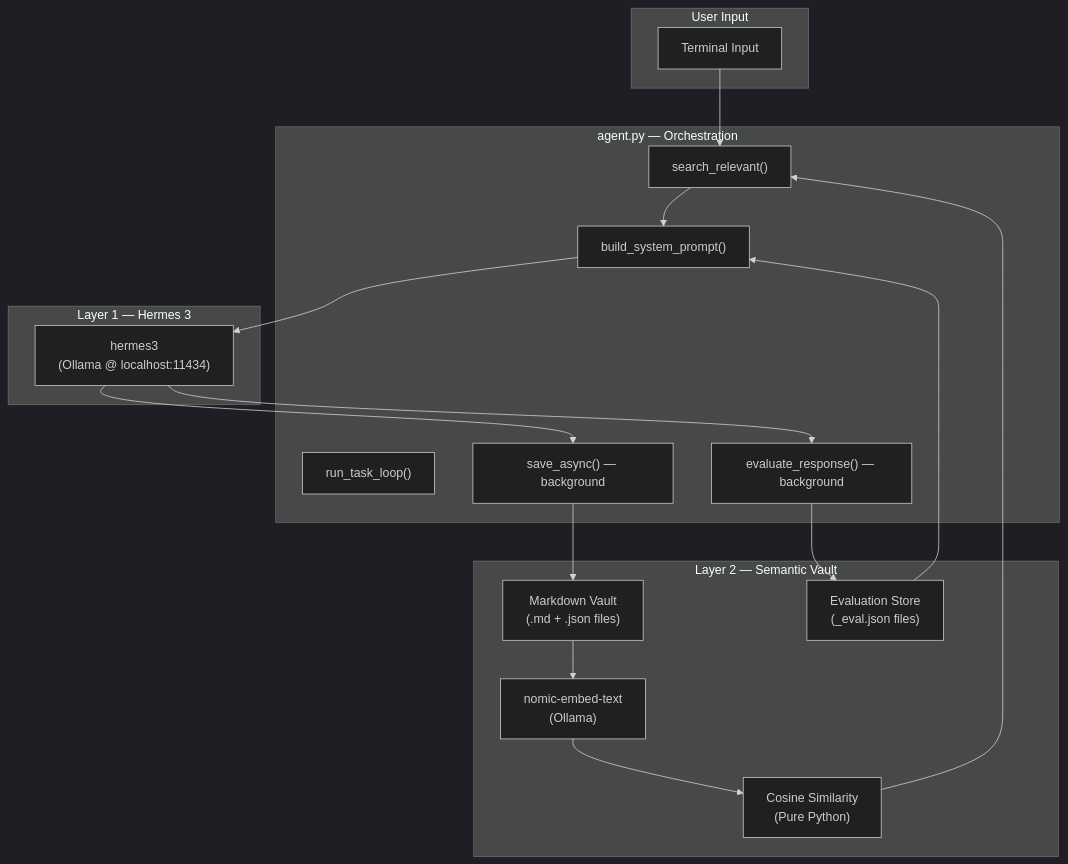
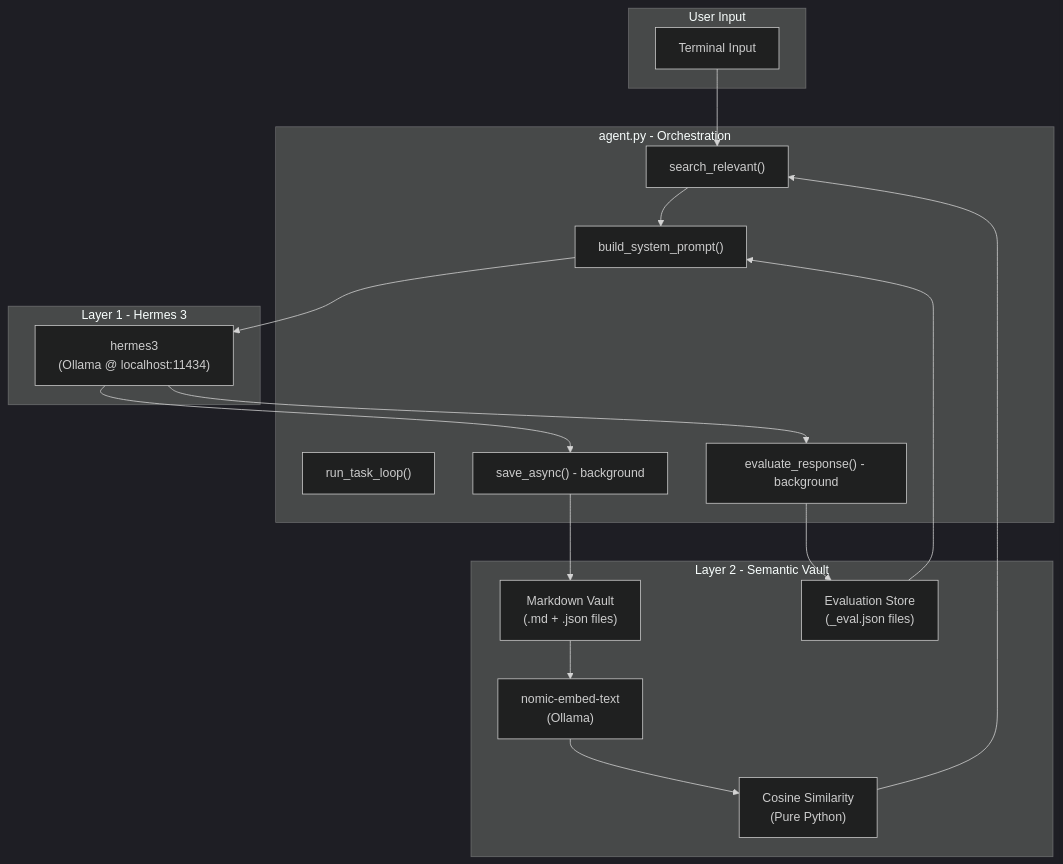
The first of 2 diagrams in README.md (Dheerajvarma1/hermes-rowboat-agent), drawn with Mermaid (dark theme) before and after one commit. The commit also changed other lines of this file, not shown here.

````diff
--- a/README.md
+++ b/README.md
@@ -151,36 +151,36 @@
 ```mermaid
 graph TB
     subgraph INPUT["User Input"]
         USER["Terminal Input"]
     end
 
-    subgraph MEMORY["Layer 2 — Semantic Vault"]
+    subgraph MEMORY["Layer 2 - Semantic Vault"]
         VAULT["Markdown Vault\n(.md + .json files)"]
         EMBED["nomic-embed-text\n(Ollama)"]
         COSINE["Cosine Similarity\n(Pure Python)"]
         EVAL["Evaluation Store\n(_eval.json files)"]
         VAULT --> EMBED --> COSINE
     end
 
-    subgraph AGENT["agent.py — Orchestration"]
+    subgraph AGENT["agent.py - Orchestration"]
         RETRIEVE["search_relevant()"]
         BUILD["build_system_prompt()"]
         TASK["run_task_loop()"]
-        SAVE["save_async() — background"]
-        EVALUATE["evaluate_response() — background"]
+        SAVE["save_async() - background"]
+        EVALUATE["evaluate_response() - background"]
     end
 
-    subgraph REASONING["Layer 1 — Hermes 3"]
+    subgraph REASONING["Layer 1 - Hermes 3"]
         HERMES["hermes3\n(Ollama @ localhost:11434)"]
     end
 
     USER --> RETRIEVE
     COSINE --> RETRIEVE
     RETRIEVE --> BUILD
     BUILD --> HERMES
     HERMES --> SAVE
     HERMES --> EVALUATE
     SAVE --> VAULT
     EVALUATE --> EVAL
     EVAL --> BUILD
 ```
````
